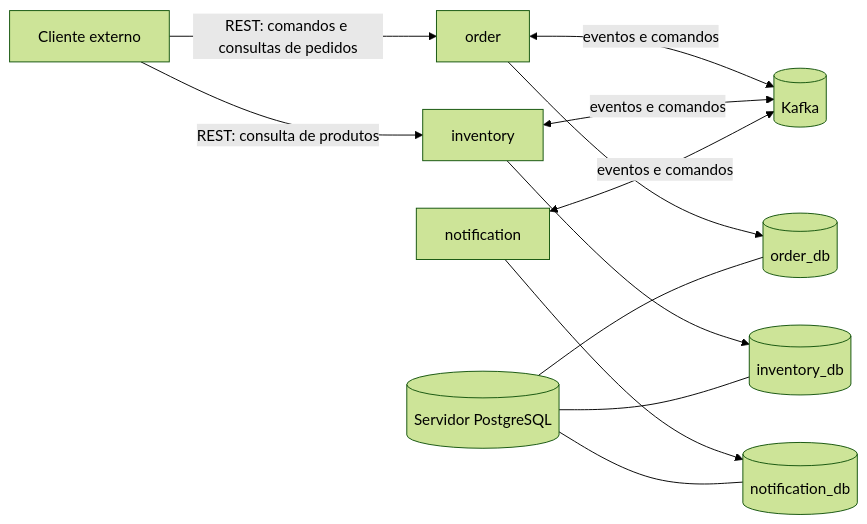
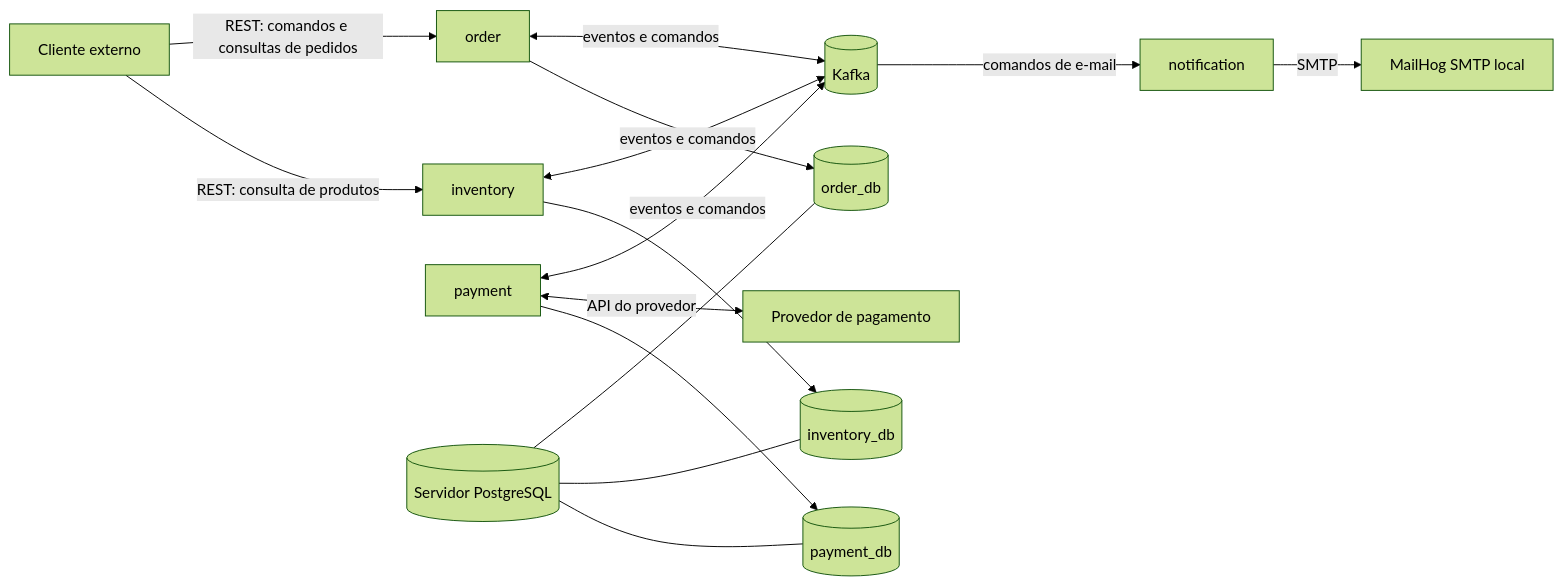
One commit to marcusvbrangel/market changed the first of 3 diagrams in docs/architecture.md. Above: the diagram before and after it, drawn with Mermaid (forest theme). The commit also changed other lines of this file and 77 other files, not shown here.

````diff
--- a/docs/architecture.md
+++ b/docs/architecture.md
@@ -41,26 +42,32 @@
 ```mermaid
 flowchart LR
     Client[Cliente externo]
     Order[order]
     Inventory[inventory]
+    Payment[payment]
     Notification[notification]
+    Provider[Provedor de pagamento]
+    MailHog[MailHog SMTP local]
     Kafka[(Kafka)]
     Postgres[(Servidor PostgreSQL)]
     OrderDB[(order_db)]
     InventoryDB[(inventory_db)]
-    NotificationDB[(notification_db)]
+    PaymentDB[(payment_db)]
 
     Client -->|REST: comandos e consultas de pedidos| Order
     Client -->|REST: consulta de produtos| Inventory
 
     Order <-->|eventos e comandos| Kafka
     Inventory <-->|eventos e comandos| Kafka
-    Notification <-->|eventos e comandos| Kafka
+    Payment <-->|eventos e comandos| Kafka
+    Kafka -->|comandos de e-mail| Notification
+    Payment <-->|API do provedor| Provider
+    Notification -->|SMTP| MailHog
 
     Order --> OrderDB
     Inventory --> InventoryDB
-    Notification --> NotificationDB
+    Payment --> PaymentDB
     Postgres --- OrderDB
     Postgres --- InventoryDB
-    Postgres --- NotificationDB
+    Postgres --- PaymentDB
 ```
````
